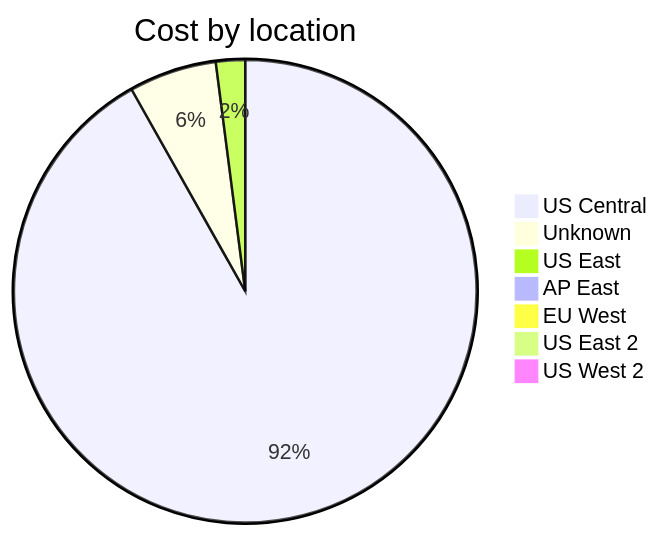
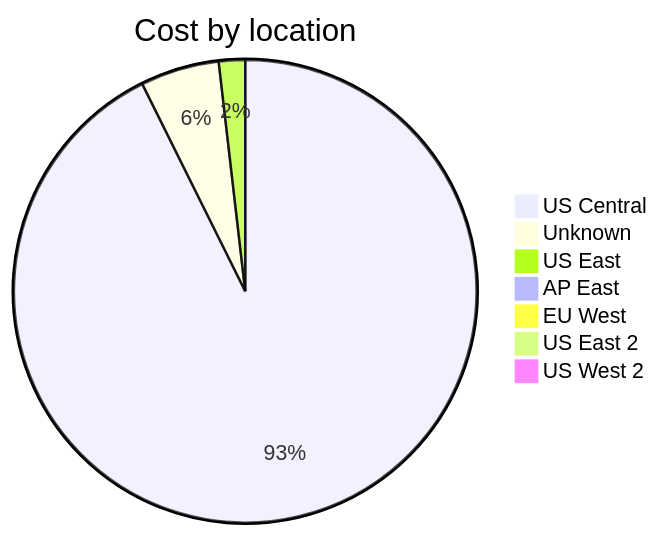
Before and after one commit to jpfulton/azure-personal-reports: the third of 4 diagrams in cost-reports/accumulated-cost.md, drawn with Mermaid. The commit also changed other lines of this file and 4 other files, not shown here.

````diff
--- a/cost-reports/accumulated-cost.md
+++ b/cost-reports/accumulated-cost.md
@@ -121,11 +121,11 @@
 ```mermaid
 pie
    title Cost by location
-   "US Central" : 0.45
-   "Unknown" : 0.03
-   "US East" : 0.01
+   "US Central" : 1.01
+   "Unknown" : 0.06
+   "US East" : 0.02
    "AP East" : 0.00
    "EU West" : 0.00
    "US East 2" : 0.00
    "US West 2" : 0.00
 ```
````
